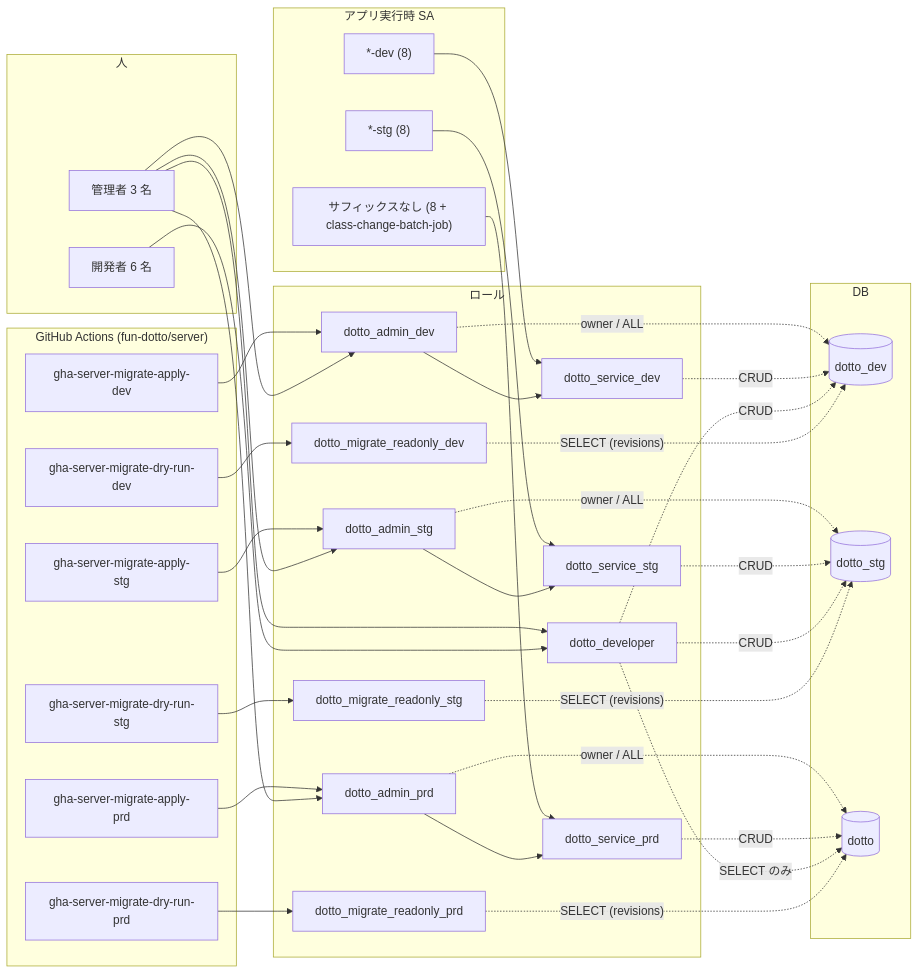
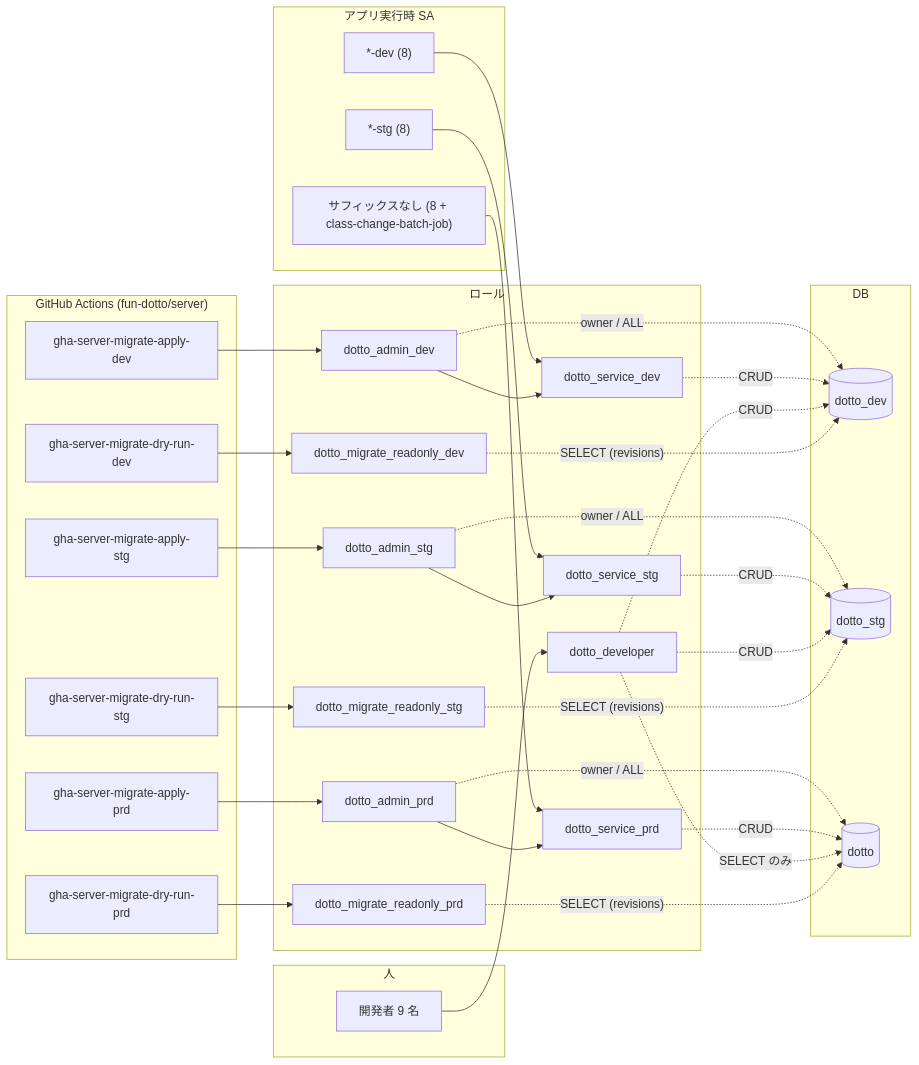
One commit to fun-dotto/infra changed the second of 2 diagrams in docs/postgresql_roles.md. Above: the diagram before and after it, drawn with Mermaid. The commit also changed other lines of this file and 3 other files, not shown here.

First line of the commit message:
dotto_admin の旧メンバー 3 名を dotto_developer のみに所属させる

````diff
--- a/docs/postgresql_roles.md
+++ b/docs/postgresql_roles.md
@@ -126,69 +118,67 @@
 ```mermaid
 flowchart LR
     subgraph gha["GitHub Actions (fun-dotto/server)"]
         apply_dev[gha-server-migrate-apply-dev]
         apply_stg[gha-server-migrate-apply-stg]
         apply_prd[gha-server-migrate-apply-prd]
         dry_dev[gha-server-migrate-dry-run-dev]
         dry_stg[gha-server-migrate-dry-run-stg]
         dry_prd[gha-server-migrate-dry-run-prd]
     end
 
     subgraph runtime["アプリ実行時 SA"]
         svc_dev["*-dev (8)"]
         svc_stg["*-stg (8)"]
         svc_prd["サフィックスなし (8 + class-change-batch-job)"]
     end
 
     subgraph people["人"]
-        admins["管理者 3 名"]
-        devs["開発者 6 名"]
+        devs["開発者 9 名"]
     end
 
     subgraph roles["ロール"]
         dotto_developer
         admin_dev[dotto_admin_dev]
         admin_stg[dotto_admin_stg]
         admin_prd[dotto_admin_prd]
         service_dev[dotto_service_dev]
         readonly_dev[dotto_migrate_readonly_dev]
         service_stg[dotto_service_stg]
         readonly_stg[dotto_migrate_readonly_stg]
         service_prd[dotto_service_prd]
         readonly_prd[dotto_migrate_readonly_prd]
     end
 
     subgraph dbs["DB"]
         db_dev[(dotto_dev)]
         db_stg[(dotto_stg)]
         db_prd[(dotto)]
     end
 
     apply_dev --> admin_dev
     apply_stg --> admin_stg
     apply_prd --> admin_prd
     svc_dev --> service_dev
     svc_stg --> service_stg
     svc_prd --> service_prd
-    admins --> admin_dev & admin_stg & admin_prd & dotto_developer
     devs --> dotto_developer
     admin_dev --> service_dev
     admin_stg --> service_stg
     admin_prd --> service_prd
 
     admin_dev -. owner / ALL .-> db_dev
     admin_stg -. owner / ALL .-> db_stg
     admin_prd -. owner / ALL .-> db_prd
     service_dev -. CRUD .-> db_dev
     service_stg -. CRUD .-> db_stg
     service_prd -. CRUD .-> db_prd
     dotto_developer -. "CRUD" .-> db_dev
     dotto_developer -. "CRUD" .-> db_stg
     dotto_developer -. "SELECT のみ" .-> db_prd
     dry_dev --> readonly_dev
     dry_stg --> readonly_stg
     dry_prd --> readonly_prd
     readonly_dev -. "SELECT (revisions)" .-> db_dev
     readonly_stg -. "SELECT (revisions)" .-> db_stg
     readonly_prd -. "SELECT (revisions)" .-> db_prd
 ```
````
